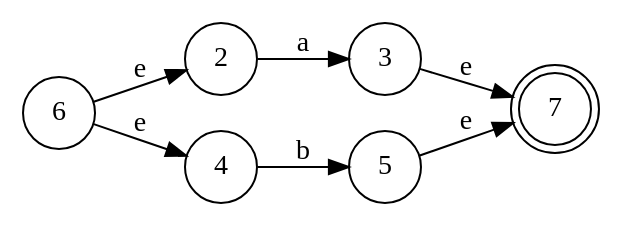
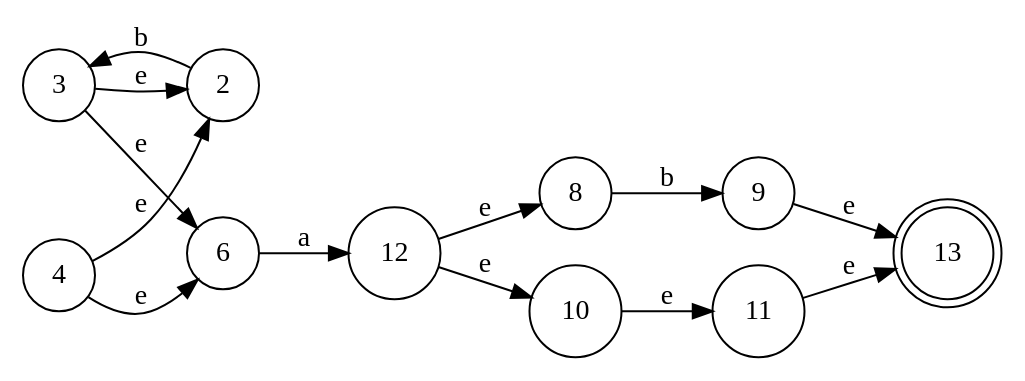
One commit to bloomfieldfong/Creacion-de-Automatas changed the diagram in automata.gv. Above: the diagram before and after it, drawn with Graphviz. The commit also changed 8 other files, not shown here.

```diff
--- a/automata.gv
+++ b/automata.gv
@@ -1,12 +1,18 @@
 digraph finite_state_machine {
 	rankdir=LR size="8,5"
 	node [shape=doublecircle]
-	7
+	13
 	node [shape=circle]
-	2 -> 3 [label=a]
-	3 -> 7 [label=e]
-	4 -> 5 [label=b]
-	5 -> 7 [label=e]
-	6 -> 2 [label=e]
-	6 -> 4 [label=e]
+	2 -> 3 [label=b]
+	3 -> 2 [label=e]
+	3 -> 6 [label=e]
+	4 -> 2 [label=e]
+	4 -> 6 [label=e]
+	6 -> 12 [label=a]
+	8 -> 9 [label=b]
+	9 -> 13 [label=e]
+	10 -> 11 [label=e]
+	11 -> 13 [label=e]
+	12 -> 8 [label=e]
+	12 -> 10 [label=e]
 }
```
